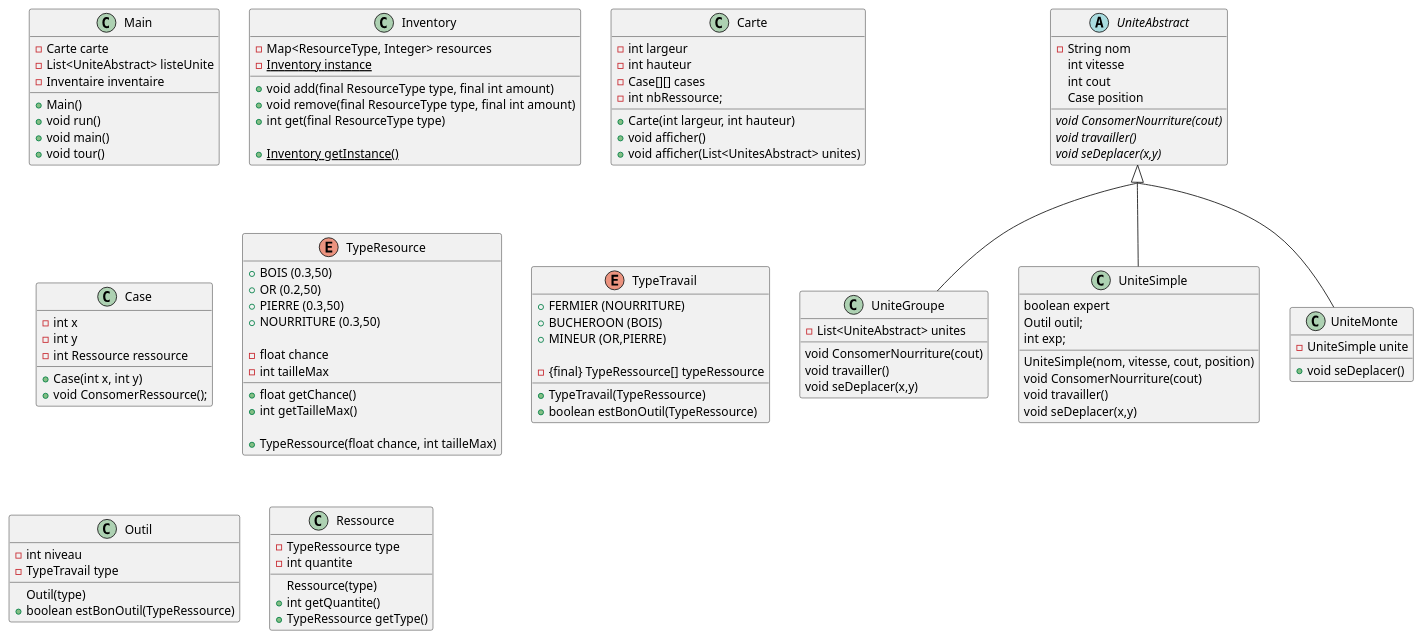
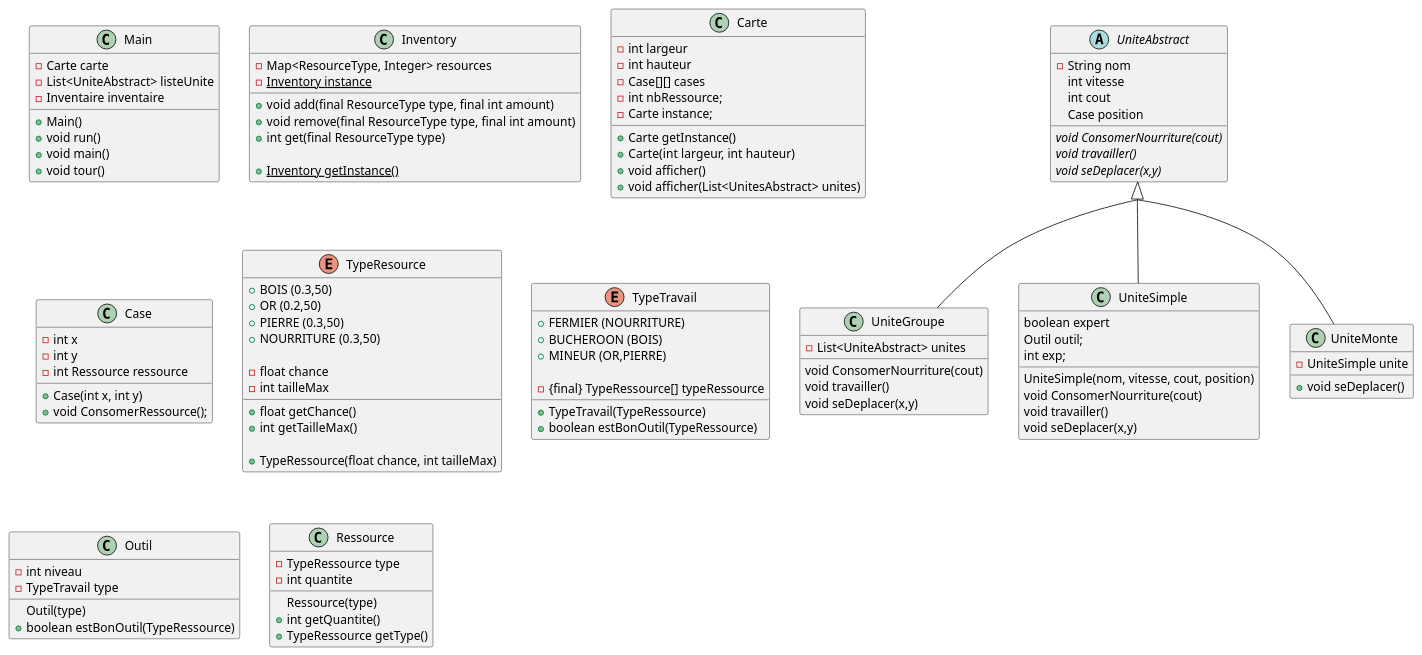
The diagram in src/main/Diagram.puml (Pireeee/ProjetStrategie), drawn with PlantUML before and after one commit. The commit also changed 3 other files, not shown here.

```diff
--- a/src/main/Diagram.puml
+++ b/src/main/Diagram.puml
@@ -1,123 +1,125 @@
 @startuml
 skinparam groupInheritance 2
 
 class Main {
   -Carte carte
   -List<UniteAbstract> listeUnite
   -Inventaire inventaire
 
   +Main()
   +void run()
   +void main()
   +void tour()
 }
 
 class Inventory {
   -Map<ResourceType, Integer> resources
   -{static} Inventory instance
 
   +void add(final ResourceType type, final int amount)
   +void remove(final ResourceType type, final int amount)
   +int get(final ResourceType type)
 
   +{static} Inventory getInstance()
 }
 
 class Carte {
   -int largeur
   -int hauteur
   -Case[][] cases
   -int nbRessource;
+  -Carte instance;
 
+  +Carte getInstance()
   +Carte(int largeur, int hauteur)
   +void afficher()
   +void afficher(List<UnitesAbstract> unites)
 }
 
 class Case {
   -int x
   -int y
   -int Ressource ressource
 
     +Case(int x, int y)
     +void ConsomerRessource();
 }
 
 enum TypeResource {
   +{field} BOIS (0.3,50)
   +{field} OR (0.2,50)
   +{field} PIERRE (0.3,50)
   +{field} NOURRITURE (0.3,50)
 
   -float chance
   -int tailleMax
 
   +float getChance()
   +int getTailleMax()
 
   +TypeRessource(float chance, int tailleMax)
 }
 enum TypeTravail {
   +{field} FERMIER (NOURRITURE)
   +{field} BUCHEROON (BOIS)
   +{field} MINEUR (OR,PIERRE)
 
   -{final} TypeRessource[] typeRessource
 
   +TypeTravail(TypeRessource)
   +boolean estBonOutil(TypeRessource)
 }
 abstract class UniteAbstract{
   -String nom
   int vitesse
   int cout
   Case position
 
   {abstract} void ConsomerNourriture(cout)
   {abstract} void travailler()
   {abstract} void seDeplacer(x,y)
 }
 
 class UniteGroupe extends UniteAbstract {
   -List<UniteAbstract> unites
 
   void ConsomerNourriture(cout)
   void travailler()
   void seDeplacer(x,y)
 }
 
 class UniteSimple extends UniteAbstract {
    boolean expert
    Outil outil;
    int exp;
 
    UniteSimple(nom, vitesse, cout, position)
    void ConsomerNourriture(cout)
    void travailler()
    void seDeplacer(x,y)
 
 }
 
 class UniteMonte extends UniteAbstract {
   -UniteSimple unite
 
   +void seDeplacer()
 }
 
 class Outil{
   -int niveau
   -TypeTravail type
 
   Outil(type)
   +boolean estBonOutil(TypeRessource)
 }
 class Ressource{
   -TypeRessource type
   -int quantite
 
   Ressource(type)
   +int getQuantite()
   +TypeRessource getType()
 }
 
 @enduml
```
